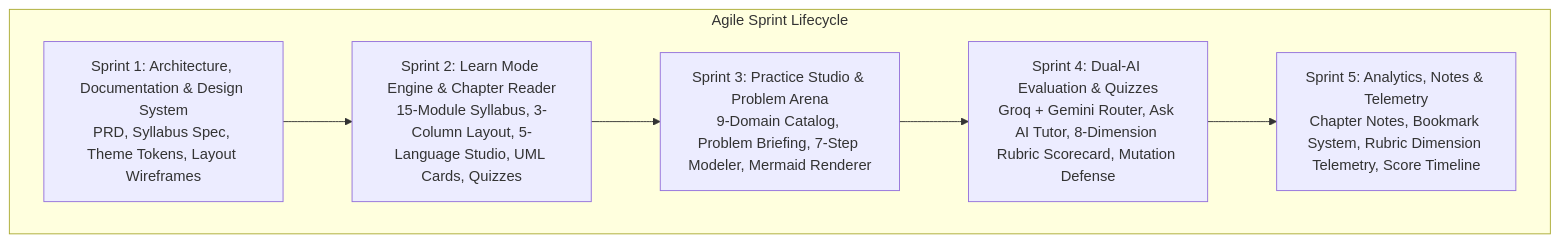
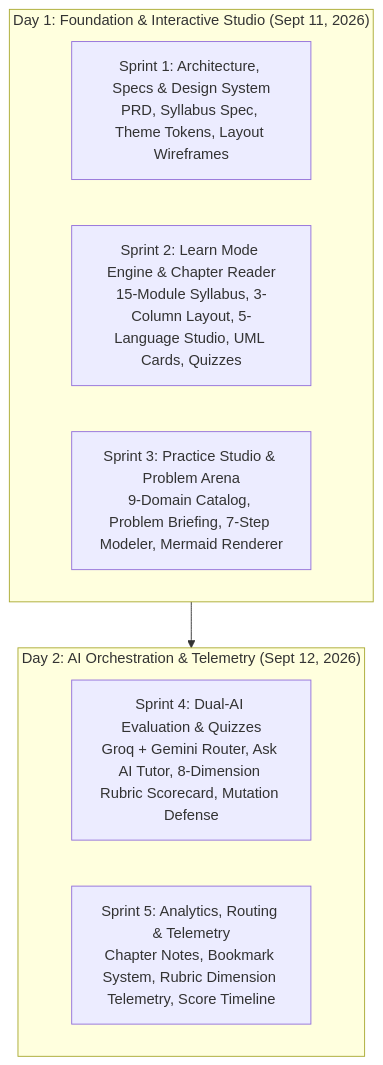
The diagram in docs/AGILE_SPRINT_PLAN.md (SachinManral/DesignLoop), drawn with Mermaid before and after one commit. The commit also changed 1 other file, not shown here.

Commit message:
Update roadmap and sprint plan to reflect actual 2-day build delivery

````diff
--- a/docs/AGILE_SPRINT_PLAN.md
+++ b/docs/AGILE_SPRINT_PLAN.md
@@ -5,11 +5,15 @@
 ```mermaid
 flowchart TD
-    subgraph Sprints ["Agile Sprint Lifecycle"]
-        S1["Sprint 1: Architecture, Documentation & Design System<br/>PRD, Syllabus Spec, Theme Tokens, Layout Wireframes"]
+    subgraph Day1 ["Day 1: Foundation & Interactive Studio (Sept 11, 2026)"]
+        S1["Sprint 1: Architecture, Specs & Design System<br/>PRD, Syllabus Spec, Theme Tokens, Layout Wireframes"]
         S2["Sprint 2: Learn Mode Engine & Chapter Reader<br/>15-Module Syllabus, 3-Column Layout, 5-Language Studio, UML Cards, Quizzes"]
         S3["Sprint 3: Practice Studio & Problem Arena<br/>9-Domain Catalog, Problem Briefing, 7-Step Modeler, Mermaid Renderer"]
+    end
+
+    subgraph Day2 ["Day 2: AI Orchestration & Telemetry (Sept 12, 2026)"]
         S4["Sprint 4: Dual-AI Evaluation & Quizzes<br/>Groq + Gemini Router, Ask AI Tutor, 8-Dimension Rubric Scorecard, Mutation Defense"]
-        S5["Sprint 5: Analytics, Notes & Telemetry<br/>Chapter Notes, Bookmark System, Rubric Dimension Telemetry, Score Timeline"]
+        S5["Sprint 5: Analytics, Routing & Telemetry<br/>Chapter Notes, Bookmark System, Rubric Dimension Telemetry, Score Timeline"]
     end
-    S1 --> S2 --> S3 --> S4 --> S5
+
+    Day1 --> Day2
 ```
````
